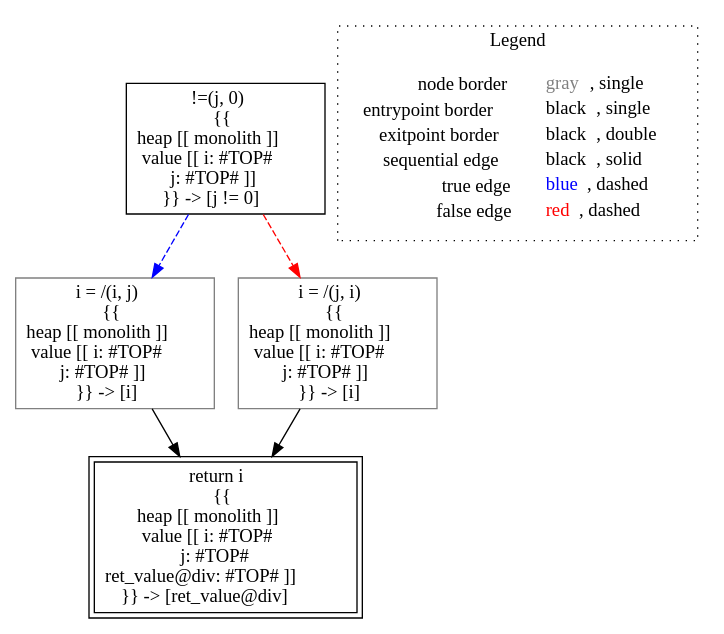
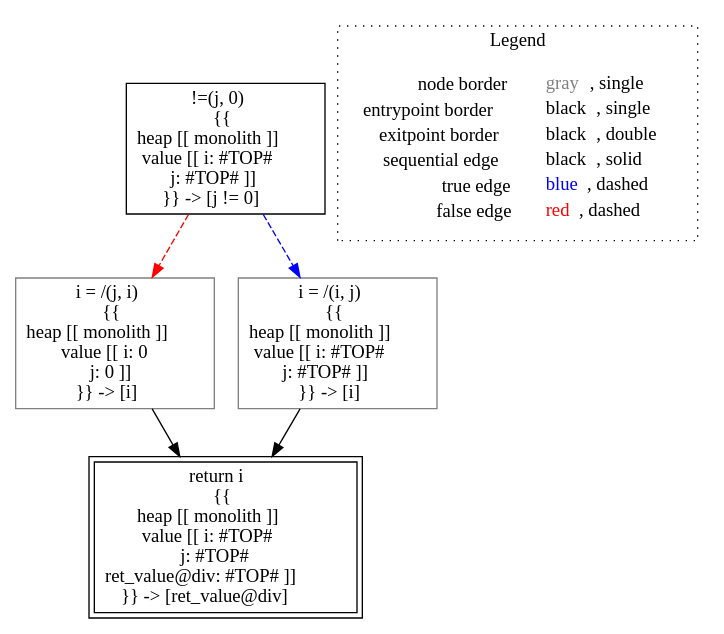
One commit to lisa-analyzer/lisa changed the diagram in lisa/imp-testcases/sign/analysis___untyped_tutorial.div(tutorial_this,_untyped_i,_untyped_j).dot. Above: the diagram before and after it, drawn with Graphviz. The commit also changed 14 other files, not shown here.

```diff
--- a/lisa/imp-testcases/sign/analysis___untyped_tutorial.div(tutorial_this,_untyped_i,_untyped_j).dot
+++ b/lisa/imp-testcases/sign/analysis___untyped_tutorial.div(tutorial_this,_untyped_i,_untyped_j).dot
@@ -1,17 +1,17 @@
 digraph {
 	"node0" [shape="rect",color="black",label=<!=(j, 0)<BR/>{{<BR/>heap [[ monolith ]]<BR/>value [[ i: #TOP#<BR/>j: #TOP# ]]<BR/>}} -&gt; [j != 0]>];
 	"node1" [shape="rect",color="black",peripheries="2",label=<return i<BR/>{{<BR/>heap [[ monolith ]]<BR/>value [[ i: #TOP#<BR/>j: #TOP#<BR/>ret_value@div: #TOP# ]]<BR/>}} -&gt; [ret_value@div]>];
-	"node2" [shape="rect",color="gray",label=<i = /(i, j)<BR/>{{<BR/>heap [[ monolith ]]<BR/>value [[ i: #TOP#<BR/>j: #TOP# ]]<BR/>}} -&gt; [i]>];
-	"node3" [shape="rect",color="gray",label=<i = /(j, i)<BR/>{{<BR/>heap [[ monolith ]]<BR/>value [[ i: #TOP#<BR/>j: #TOP# ]]<BR/>}} -&gt; [i]>];
-	"node0" -> "node2" [color="blue",style="dashed"];
-	"node0" -> "node3" [color="red",style="dashed"];
+	"node2" [shape="rect",color="gray",label=<i = /(j, i)<BR/>{{<BR/>heap [[ monolith ]]<BR/>value [[ i: 0<BR/>j: 0 ]]<BR/>}} -&gt; [i]>];
+	"node3" [shape="rect",color="gray",label=<i = /(i, j)<BR/>{{<BR/>heap [[ monolith ]]<BR/>value [[ i: #TOP#<BR/>j: #TOP# ]]<BR/>}} -&gt; [i]>];
 	"node2" -> "node1" [color="black"];
+	"node0" -> "node2" [color="red",style="dashed"];
+	"node0" -> "node3" [color="blue",style="dashed"];
 	"node3" -> "node1" [color="black"];
 subgraph cluster_legend {
 	label="Legend";
 	style=dotted;
 	node [shape=plaintext];
 	"legend" [label=<<table border="0" cellpadding="2" cellspacing="0" cellborder="0"><tr><td align="right">node border&nbsp;</td><td align="left"><font color="gray">gray</font>, single</td></tr><tr><td align="right">entrypoint border&nbsp;</td><td align="left"><font color="black">black</font>, single</td></tr><tr><td align="right">exitpoint border&nbsp;</td><td align="left"><font color="black">black</font>, double</td></tr><tr><td align="right">sequential edge&nbsp;</td><td align="left"><font color="black">black</font>, solid</td></tr><tr><td align="right">true edge&nbsp;</td><td align="left"><font color="blue">blue</font>, dashed</td></tr><tr><td align="right">false edge&nbsp;</td><td align="left"><font color="red">red</font>, dashed</td></tr></table>>];
 }
 
 }
```
